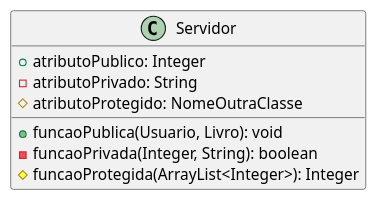
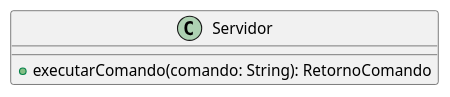
One commit to angelofelipe/library-system-OOP changed the diagram in diagrama de classes/src puml/src/geral/Servidor.puml. Above: the diagram before and after it, drawn with PlantUML. The commit also changed 7 other files, not shown here.

Commit message:
edita diagrama na pasta geral

```diff
--- a/diagrama de classes/src puml/src/geral/Servidor.puml
+++ b/diagrama de classes/src puml/src/geral/Servidor.puml
@@ -1,13 +1,7 @@
 @startuml
 
 class Servidor{
-    + atributoPublico: Integer
-    - atributoPrivado: String
-    # atributoProtegido: NomeOutraClasse
-
-    + funcaoPublica(Usuario, Livro): void
-    - funcaoPrivada(Integer, String): boolean
-    # funcaoProtegida(ArrayList<Integer>): Integer
+    +executarComando(comando: String): RetornoComando
 }
 
 @enduml
```
